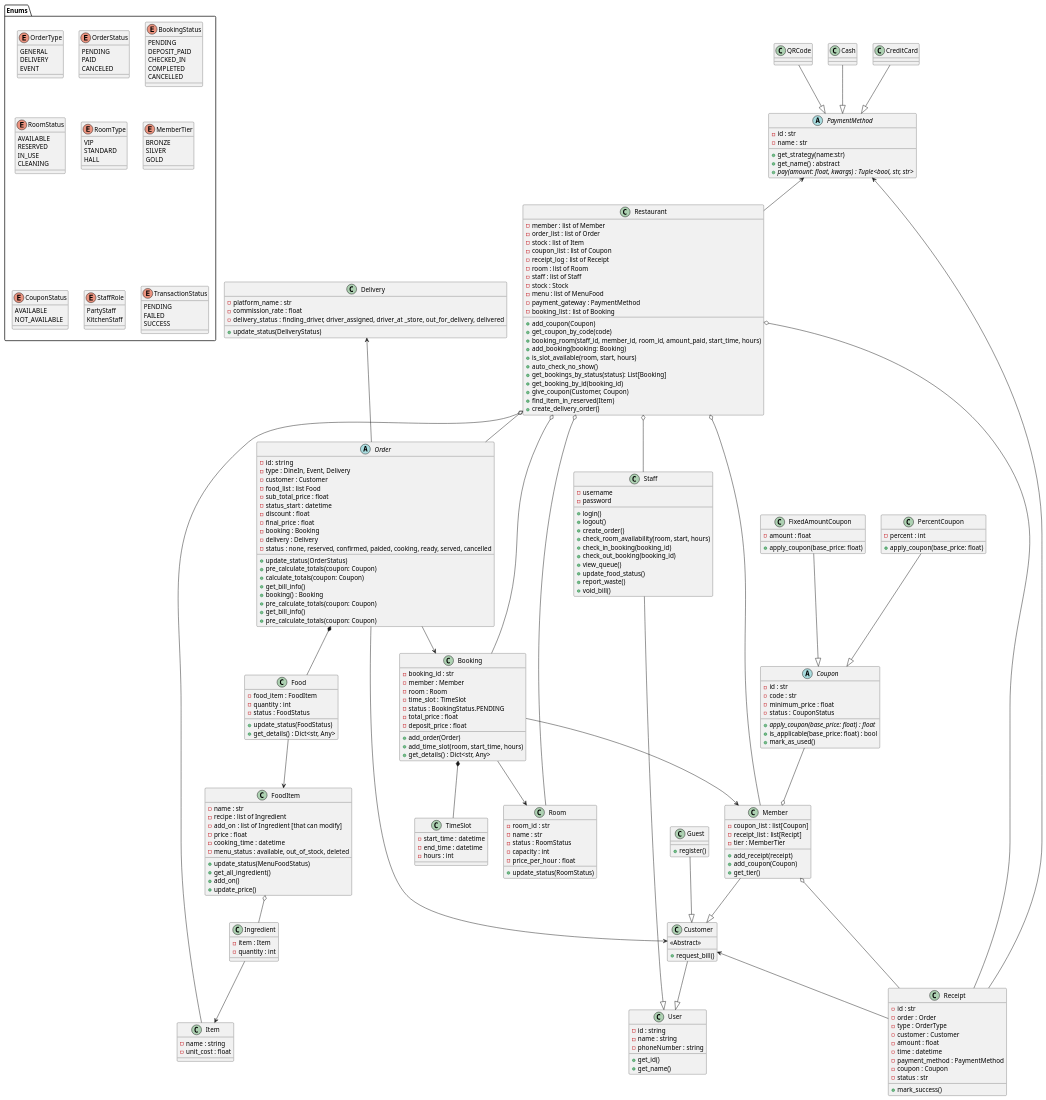
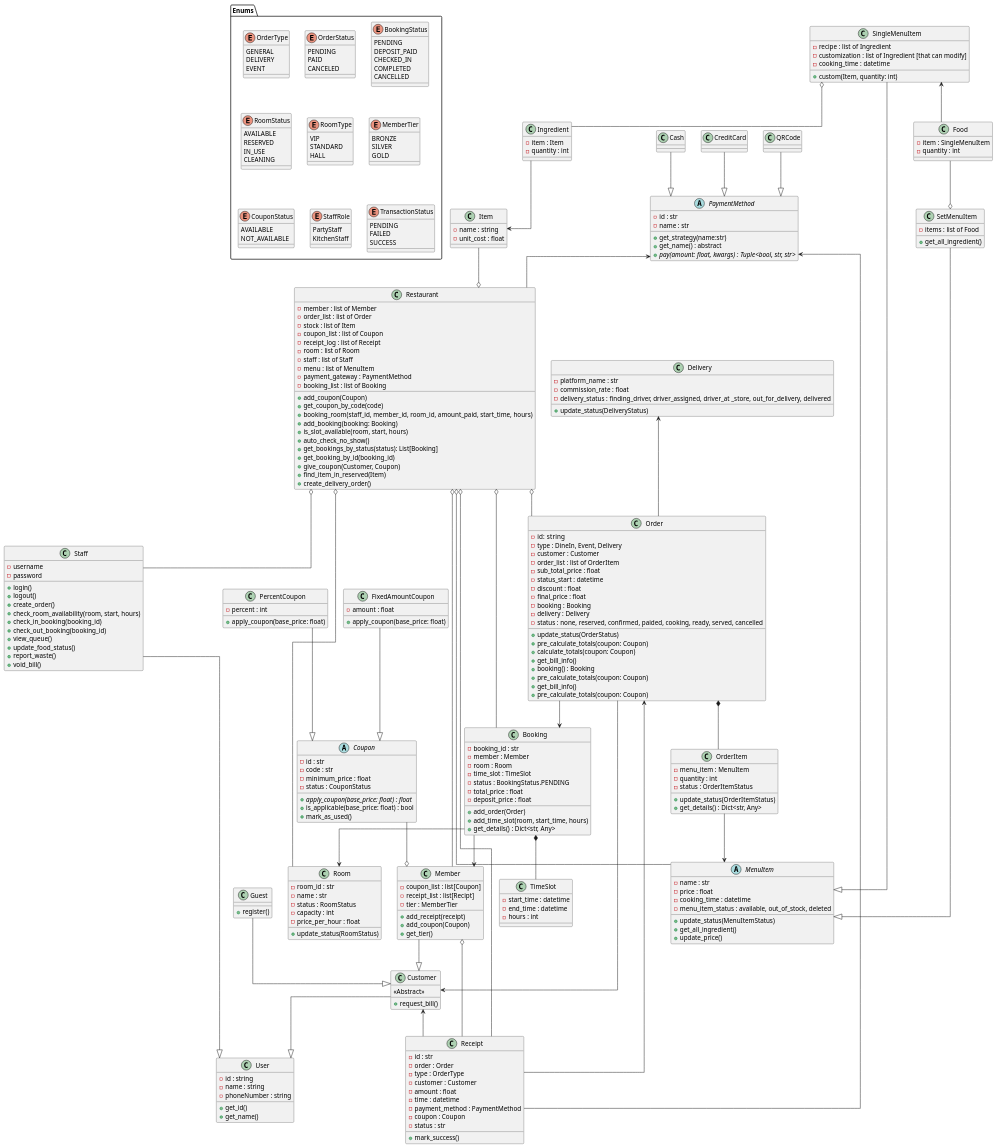
One commit to twrrippy/knight-chicken-oop changed the diagram in shared/doc/class_diagram.puml. Above: the diagram before and after it, drawn with PlantUML.

Commit message:
UPDATE: order

```diff
--- a/shared/doc/class_diagram.puml
+++ b/shared/doc/class_diagram.puml
@@ -1,4 +1,5 @@
 @startuml ClassDiagram
+skinparam Linetype ortho
 
 class Restaurant{
     - member : list of Member
@@ -8,8 +9,7 @@
     - receipt_log : list of Receipt
     - room : list of Room
     - staff : list of Staff
-    - stock : Stock
-    - menu : list of MenuFood
+    - menu : list of MenuItem
     - payment_gateway : PaymentMethod
     - booking_list : list of Booking
     + add_coupon(Coupon)
@@ -69,19 +69,24 @@
 }
 
 Restaurant o-- Order
-Order *-- Food
+Restaurant o-- MenuItem
+Order *-- OrderItem
 Order --> Booking
 Order --> Customer
-Food --> FoodItem
-FoodItem o-- Ingredient
+OrderItem --> MenuItem
 Ingredient --> Item
 Item --o Restaurant
+SingleMenuItem --|> MenuItem
+SingleMenuItem o-- Ingredient
+SetMenuItem --|> MenuItem
+SingleMenuItem <-- Food
+Food --o SetMenuItem
 
-abstract class Order{
+class Order{
     - id:  string
     - type : DineIn, Event, Delivery
     - customer : Customer
-    - food_list : list Food
+    - order_list : list of OrderItem
     - sub_total_price : float
     - status_start : datetime
     - discount : float
@@ -98,24 +103,36 @@
     + get_bill_info()
     + pre_calculate_totals(coupon: Coupon)
 }
-class Food{
-    - food_item : FoodItem
+class OrderItem{
+    - menu_item : MenuItem
     - quantity : int
-    - status : FoodStatus
-    + update_status(FoodStatus)
+    - status : OrderItemStatus
+    + update_status(OrderItemStatus)
     + get_details() : Dict<str, Any>
 }
-class FoodItem{
+
+abstract class MenuItem{
     - name : str
-    - recipe : list of Ingredient
-    - add_on : list of Ingredient [that can modify]
     - price : float
     - cooking_time : datetime
-    - menu_status : available, out_of_stock, deleted
-    + update_status(MenuFoodStatus)
+    - menu_item_status : available, out_of_stock, deleted
+    + update_status(MenuItemStatus)
     + get_all_ingredient()
-    + add_on()
     + update_price()
+}
+class SingleMenuItem{
+    - recipe : list of Ingredient
+    - customization : list of Ingredient [that can modify]
+    - cooking_time : datetime
+    + custom(Item, quantity: int)
+}
+class SetMenuItem{
+    - items : list of Food
+    + get_all_ingredient()
+}
+class Food{
+    - item : SingleMenuItem
+    - quantity : int
 }
 class Ingredient{
     - item : Item
@@ -215,6 +232,7 @@
 Member o-- Receipt
 PaymentMethod <-- Receipt
 Customer <-- Receipt
+Order <-- Receipt
 class Receipt{
     - id : str
     - order : Order
```
